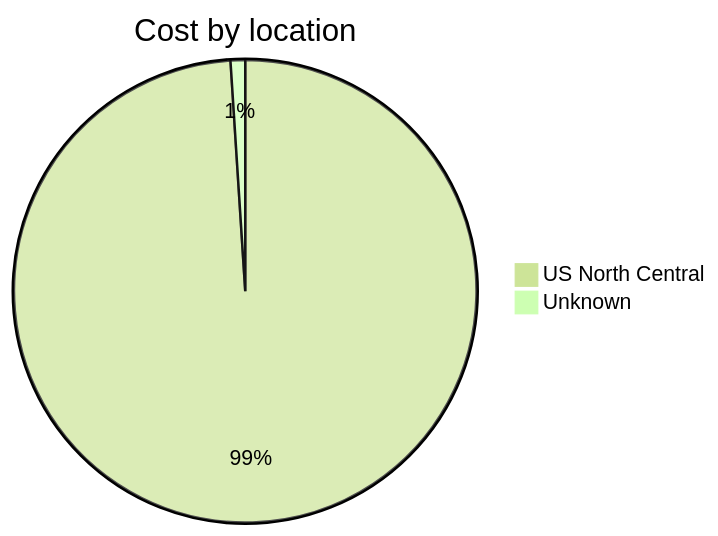
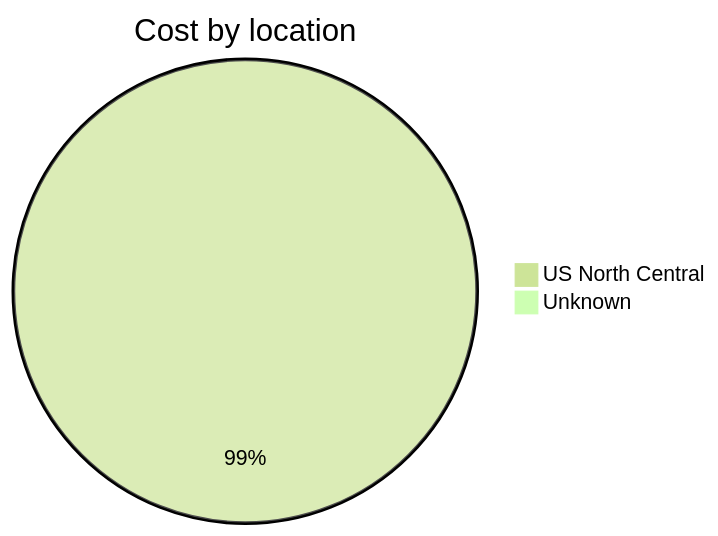
One commit to jpfulton/azure-personal-reports changed the third of 4 diagrams in cost-reports/personal-network/README.md. Above: the diagram before and after it, drawn with Mermaid (forest theme). The commit also changed other lines of this file and 8 other files, not shown here.

````diff
--- a/cost-reports/personal-network/README.md
+++ b/cost-reports/personal-network/README.md
@@ -72,6 +116,6 @@
 ```mermaid
 pie
    title Cost by location
-   "US North Central" : 12.62
-   "Unknown" : 0.13
+   "US North Central" : 14.05
+   "Unknown" : 0.14
 ```
````
